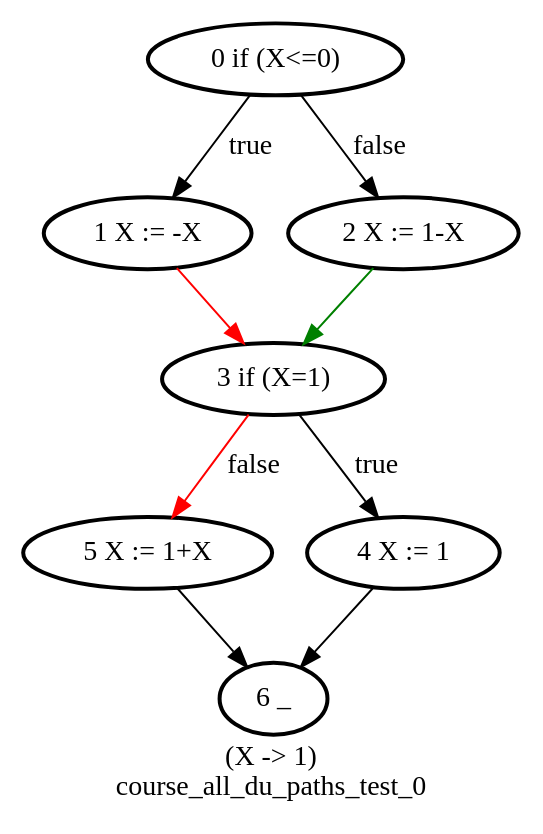
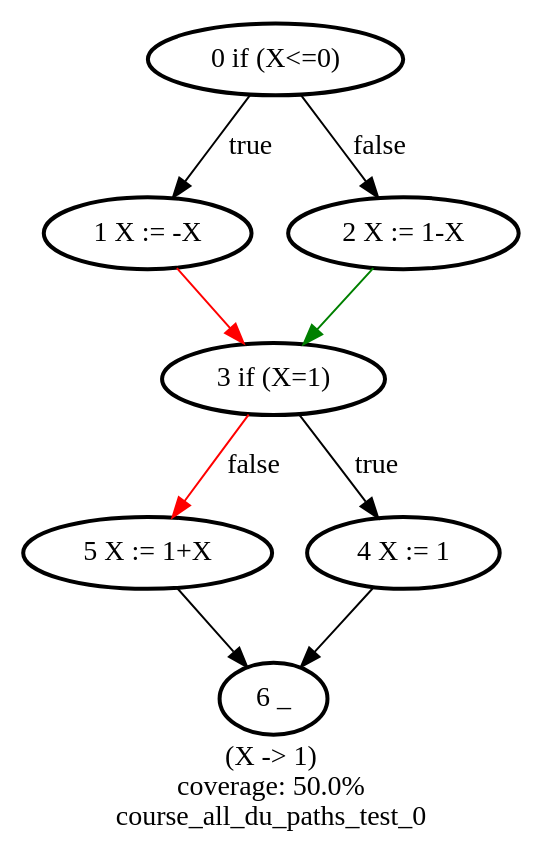
One commit to ghigi123/ivf changed the diagram in graphs/course_all_du_paths_test_0.dot. Above: the diagram before and after it, drawn with Graphviz. The commit also changed 23 other files, not shown here.

```diff
--- a/graphs/course_all_du_paths_test_0.dot
+++ b/graphs/course_all_du_paths_test_0.dot
@@ -1,19 +1,20 @@
 digraph course_all_du_paths_test_0 {
 	label = "(X -> 1)
+coverage: 50.0%
 course_all_du_paths_test_0"
 	"1 X := -X" [style = bold]
 	"1 X := -X" -> "3 if (X=1)" [color = red]
 	"3 if (X=1)" -> "5 X := 1+X" [label = false, color = red]
 	"4 X := 1" -> "6 _"
 	"5 X := 1+X" [style = bold]
 	"3 if (X=1)" [style = bold]
 	"4 X := 1" [style = bold]
 	"6 _" [style = bold]
 	"2 X := 1-X" [style = bold]
 	"0 if (X<=0)" -> "1 X := -X" [label = true]
 	"2 X := 1-X" -> "3 if (X=1)" [color = green]
 	"5 X := 1+X" -> "6 _"
 	"0 if (X<=0)" [style = bold]
 	"0 if (X<=0)" -> "2 X := 1-X" [label = false]
 	"3 if (X=1)" -> "4 X := 1" [label = true]
 }
```
